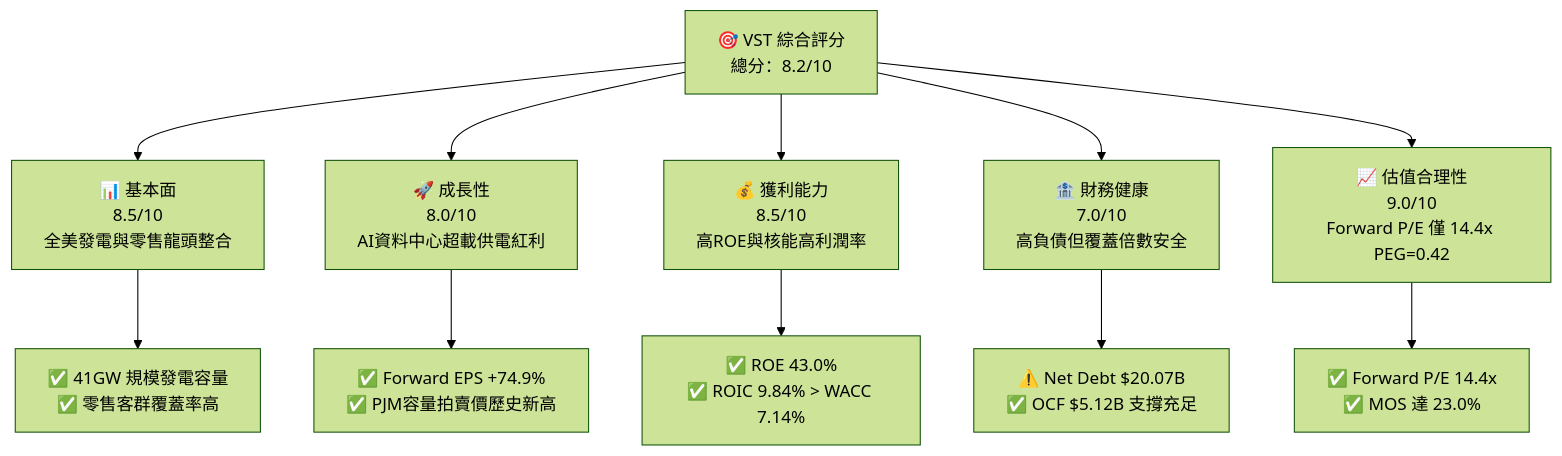
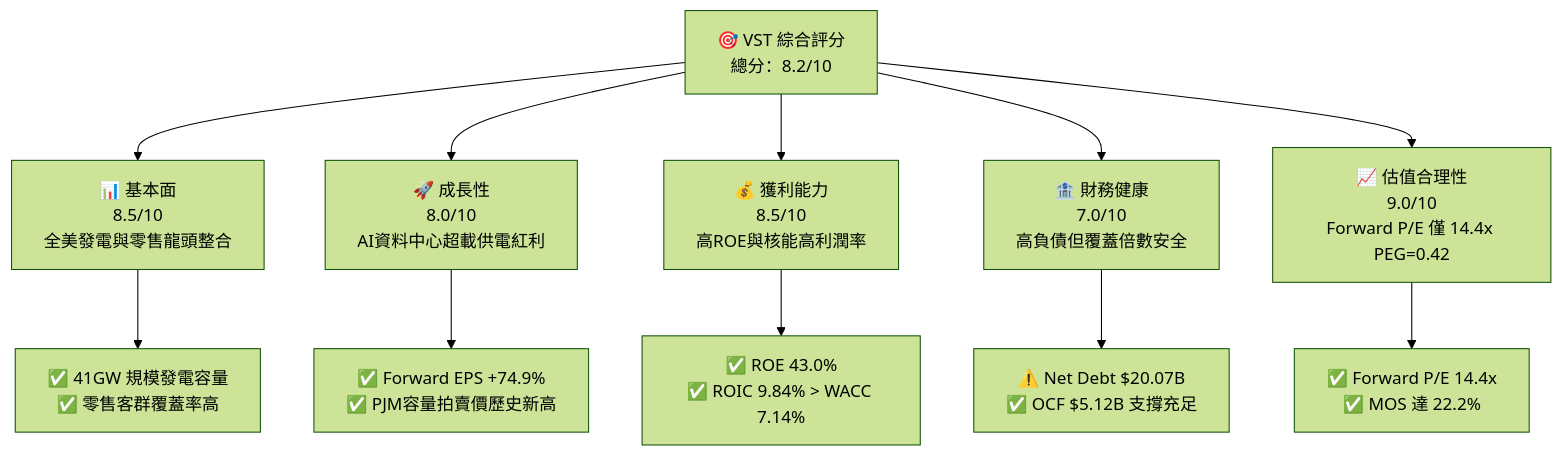
The first of 15 diagrams in ai_gen_report/fundamental/vst/fundamental_analysis_2026-10-19_gemini.md (yennanliu/finance_data), drawn with Mermaid (forest theme) before and after one commit. The commit also changed other lines of this file and 339 other files, not shown here.

````diff
--- a/ai_gen_report/fundamental/vst/fundamental_analysis_2026-10-19_gemini.md
+++ b/ai_gen_report/fundamental/vst/fundamental_analysis_2026-10-19_gemini.md
@@ -61,22 +68,22 @@
 ```mermaid
 graph TD
     TICKER["🎯 VST 綜合評分<br/>總分：8.2/10"]
 
     F["📊 基本面<br/>8.5/10<br/>全美發電與零售龍頭整合"]
     G["🚀 成長性<br/>8.0/10<br/>AI資料中心超載供電紅利"]
     P["💰 獲利能力<br/>8.5/10<br/>高ROE與核能高利潤率"]
     B["🏦 財務健康<br/>7.0/10<br/>高負債但覆蓋倍數安全"]
     V["📈 估值合理性<br/>9.0/10<br/>Forward P/E 僅 14.4x PEG=0.42"]
 
     TICKER --> F
     TICKER --> G
     TICKER --> P
     TICKER --> B
     TICKER --> V
 
     F --> F1["✅ 41GW 規模發電容量<br/>✅ 零售客群覆蓋率高"]
     G --> G1["✅ Forward EPS +74.9%<br/>✅ PJM容量拍賣價歷史新高"]
     P --> P1["✅ ROE 43.0%<br/>✅ ROIC 9.84% > WACC 7.14%"]
     B --> B1["⚠️ Net Debt $20.07B<br/>✅ OCF $5.12B 支撐充足"]
-    V --> V1["✅ Forward P/E 14.4x<br/>✅ MOS 達 23.0%"]
+    V --> V1["✅ Forward P/E 14.4x<br/>✅ MOS 達 22.2%"]
 ```
````
